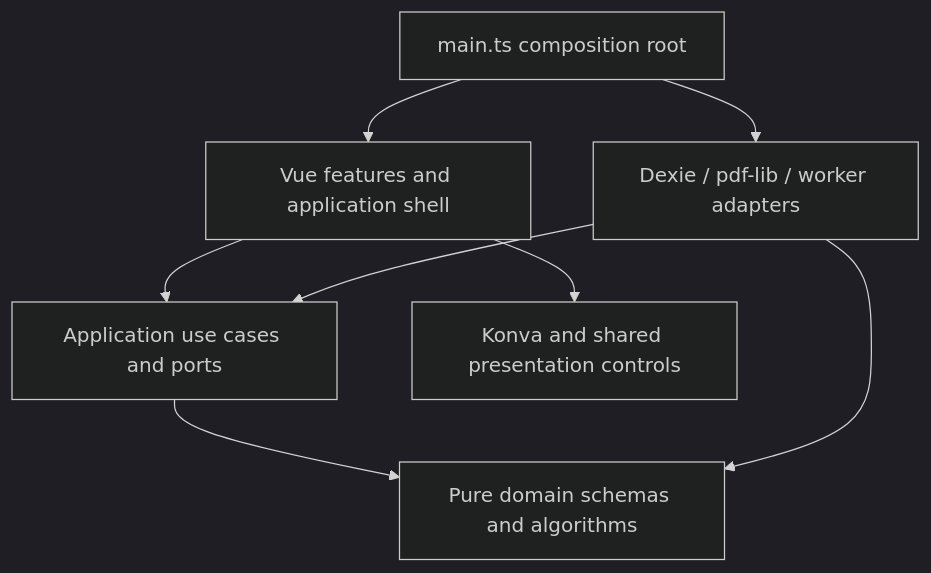
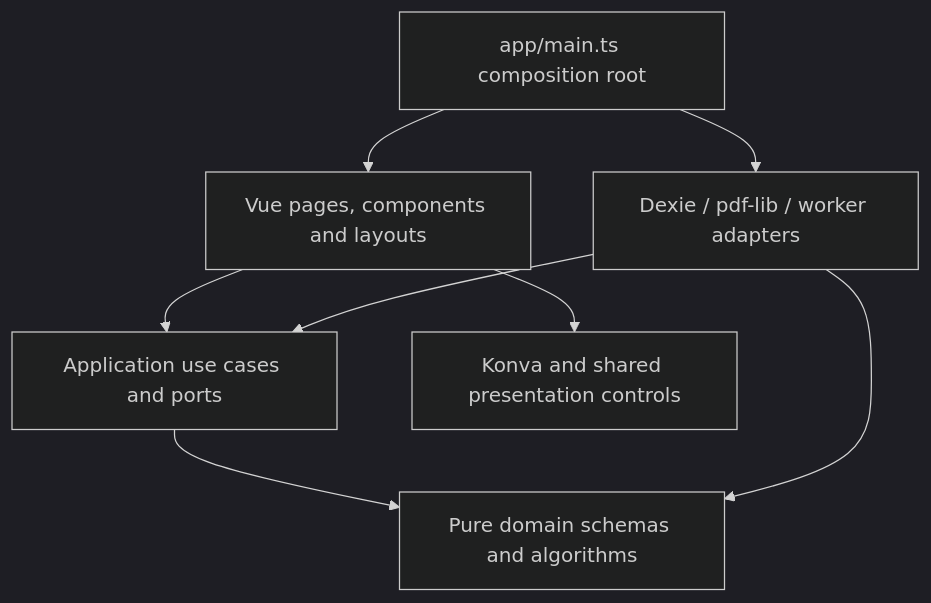
The second of 7 diagrams in docs/architecture.md (tanguy-rdt/opticutlist), drawn with Mermaid (dark theme) before and after one commit. The commit also changed other lines of this file and 226 other files, not shown here.

````diff
--- a/docs/architecture.md
+++ b/docs/architecture.md
@@ -42,10 +42,10 @@
 ```mermaid
 flowchart TD
-  Bootstrap[main.ts composition root] --> UI[Vue features and application shell]
+  Bootstrap[app/main.ts composition root] --> UI[Vue pages, components and layouts]
   Bootstrap --> Adapters[Dexie / pdf-lib / worker adapters]
   UI --> Application[Application use cases and ports]
   Application --> Domain[Pure domain schemas and algorithms]
   Adapters --> Application
   Adapters --> Domain
   UI --> Presentation[Konva and shared presentation controls]
 ```
````
